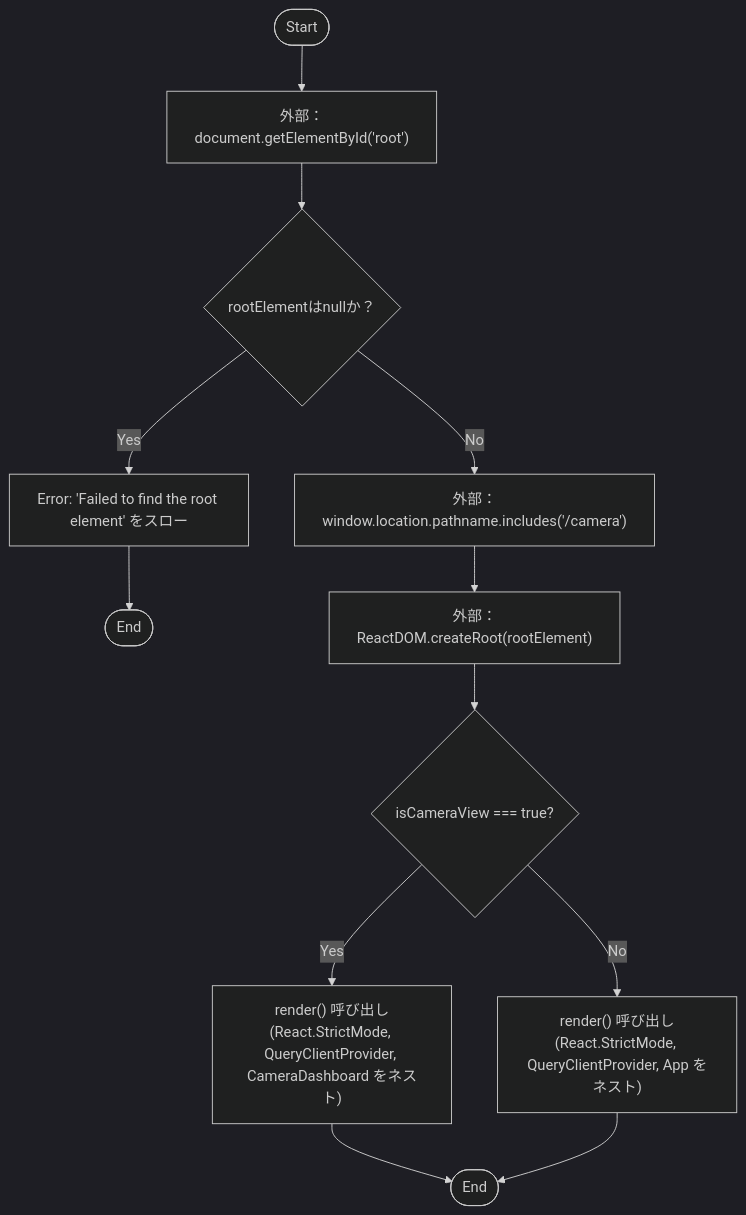
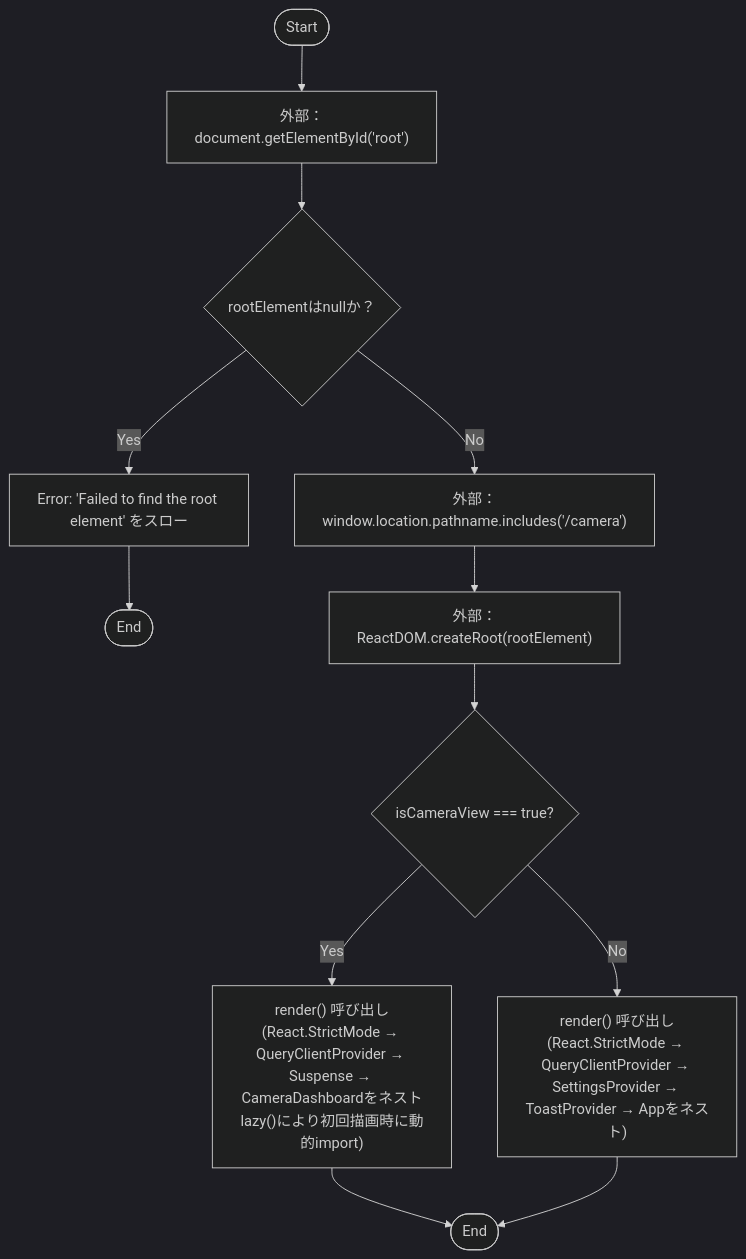
The first of 2 diagrams in docs/specifications/family-quest/main.md (mmtigers/my_python_project), drawn with Mermaid (dark theme) before and after one commit. The commit also changed other lines of this file and 10 other files, not shown here.

````diff
--- a/docs/specifications/family-quest/main.md
+++ b/docs/specifications/family-quest/main.md
@@ -52,15 +59,15 @@
 ```mermaid
 flowchart TD
     Start([Start]) --> GetElement["外部：document.getElementById('root')"]
     GetElement --> CheckNull{"rootElementはnullか？"}
     CheckNull -- Yes --> ThrowError["Error: 'Failed to find the root element' をスロー"]
     ThrowError --> EndError([End])
     CheckNull -- No --> CheckCamera["外部：window.location.pathname.includes('/camera')"]
     CheckCamera --> CreateRoot["外部：ReactDOM.createRoot(rootElement)"]
     CreateRoot --> IsCameraView{"isCameraView === true?"}
-    IsCameraView -- Yes --> RenderCamera["render() 呼び出し<br>(React.StrictMode, QueryClientProvider, CameraDashboard をネスト)"]
-    IsCameraView -- No --> RenderApp["render() 呼び出し<br>(React.StrictMode, QueryClientProvider, App をネスト)"]
+    IsCameraView -- Yes --> RenderCamera["render() 呼び出し<br>(React.StrictMode → QueryClientProvider → Suspense → CameraDashboardをネスト<br>lazy()により初回描画時に動的import)"]
+    IsCameraView -- No --> RenderApp["render() 呼び出し<br>(React.StrictMode → QueryClientProvider → SettingsProvider → ToastProvider → Appをネスト)"]
     RenderCamera --> End([End])
     RenderApp --> End
 
 ```
````
